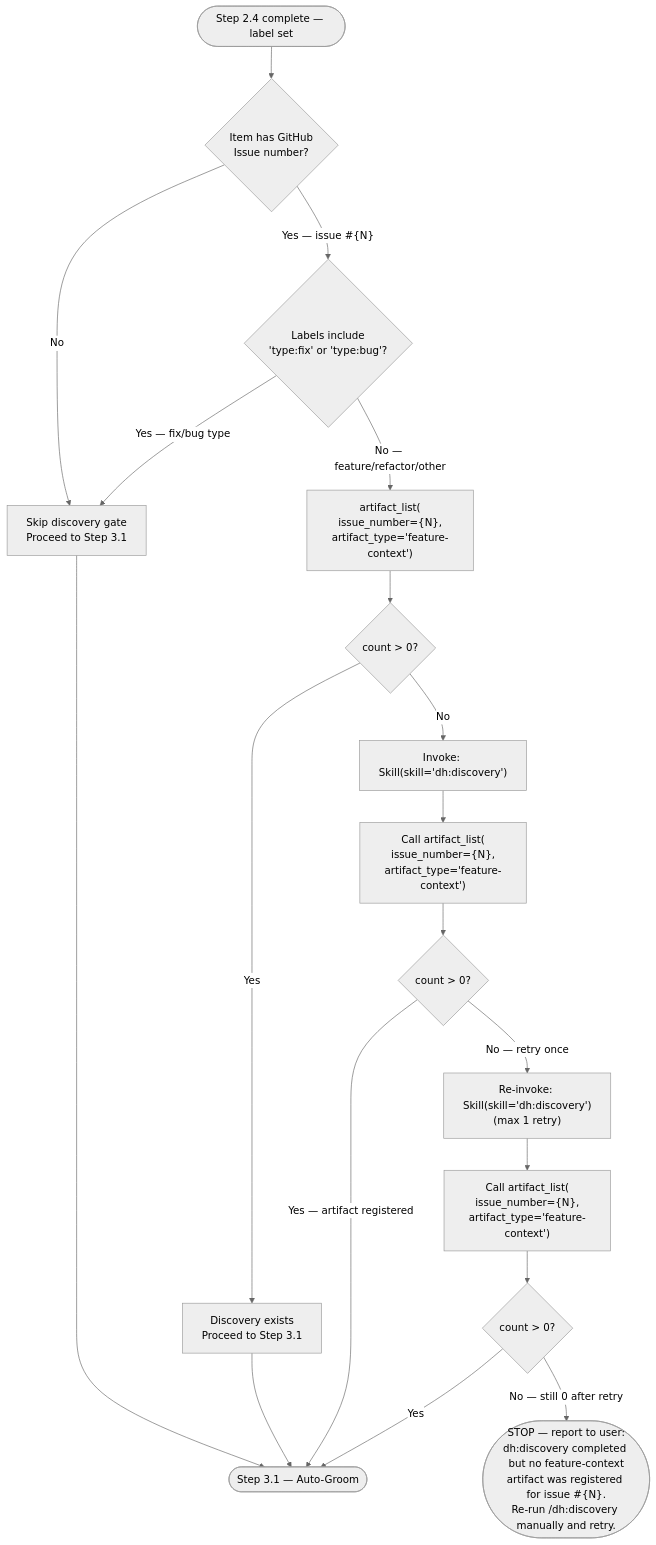
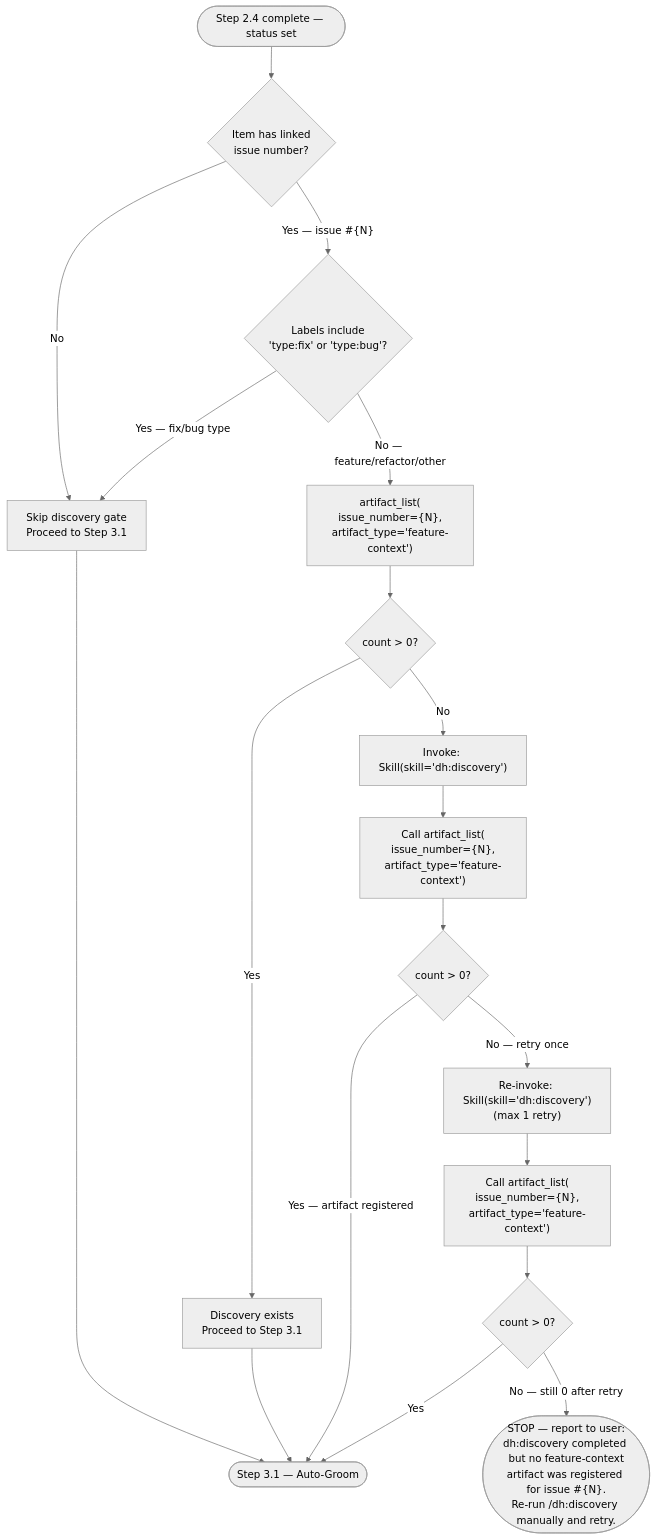
Before and after one commit to chgreer1070/claude_skills: the diagram in plugins/development-harness/skills/work-backlog-item/references/workflows/work/validate.md, drawn with Mermaid (neutral theme). The commit also changed other lines of this file and 15 other files, not shown here.

Commit message:
fix+feat: backlog_view issue_number null fix, backend provider abstraction in docs, Plan.autonomy field (#1859) (#1871)

````diff
--- a/plugins/development-harness/skills/work-backlog-item/references/workflows/work/validate.md
+++ b/plugins/development-harness/skills/work-backlog-item/references/workflows/work/validate.md
@@ -29,21 +29,21 @@
 ```mermaid
 flowchart TD
-    InProgress([Step 2.4 complete — label set]) --> HasIssue{"Item has GitHub<br>Issue number?"}
+    InProgress([Step 2.4 complete — status set]) --> HasIssue{"Item has linked<br>issue number?"}
     HasIssue -->|"No"| SkipGate["Skip discovery gate<br>Proceed to Step 3.1"]
     HasIssue -->|"Yes — issue #{N}"| TypeCheck{"Labels include<br>'type:fix' or 'type:bug'?"}
     TypeCheck -->|"Yes — fix/bug type"| SkipGate
     TypeCheck -->|"No — feature/refactor/other"| CheckArtifact["artifact_list(<br>issue_number={N},<br>artifact_type='feature-context')"]
     CheckArtifact --> HasDiscovery{"count > 0?"}
     HasDiscovery -->|"Yes"| Proceed["Discovery exists<br>Proceed to Step 3.1"]
     HasDiscovery -->|"No"| InvokeDiscovery["Invoke: Skill(skill='dh:discovery')"]
     InvokeDiscovery --> VerifyDiscovery["Call artifact_list(<br>issue_number={N},<br>artifact_type='feature-context')"]
     VerifyDiscovery --> DiscoveryConfirmed{"count > 0?"}
     DiscoveryConfirmed -->|"Yes — artifact registered"| Continue
     DiscoveryConfirmed -->|"No — retry once"| RetryDiscovery["Re-invoke: Skill(skill='dh:discovery')<br>(max 1 retry)"]
     RetryDiscovery --> VerifyRetry["Call artifact_list(<br>issue_number={N},<br>artifact_type='feature-context')"]
     VerifyRetry --> RetryConfirmed{"count > 0?"}
     RetryConfirmed -->|"Yes"| Continue
     RetryConfirmed -->|"No — still 0 after retry"| DiscoveryFail(["STOP — report to user:<br>dh:discovery completed but no feature-context<br>artifact was registered for issue #{N}.<br>Re-run /dh:discovery manually and retry."])
     SkipGate --> Continue([Step 3.1 — Auto-Groom])
     Proceed --> Continue
 ```
````
